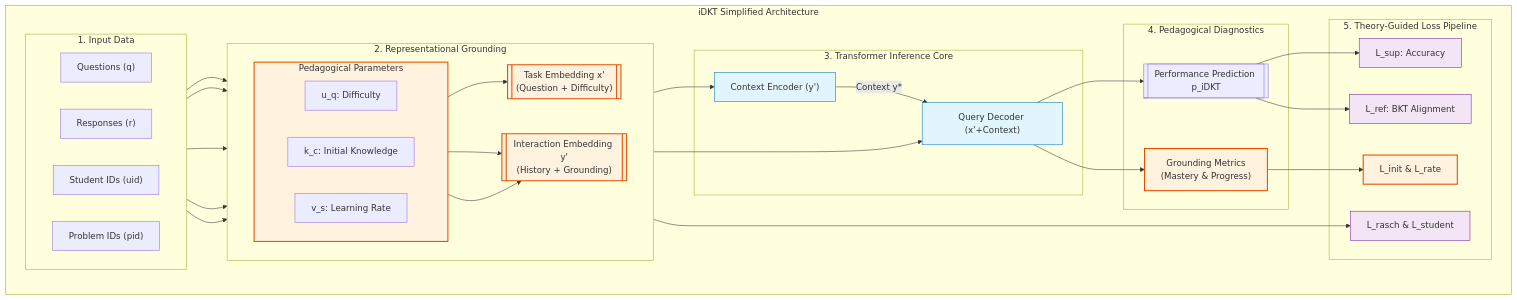
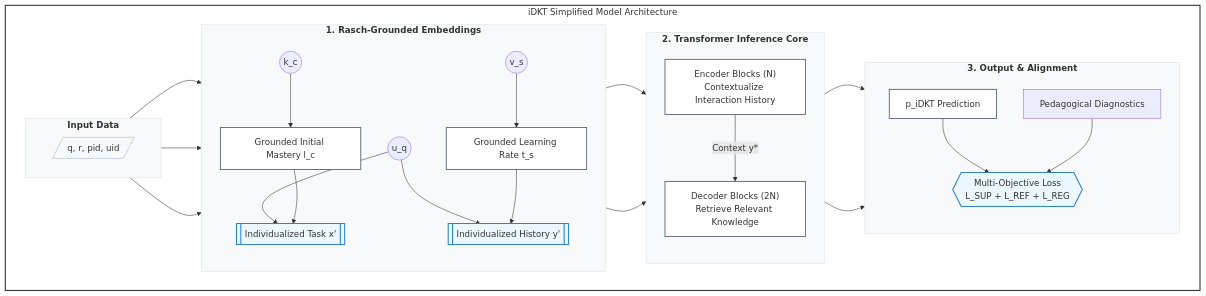
Before and after one commit to clabra/pykt-toolkit: the second of 5 diagrams in paper/idkt.md, drawn with Mermaid.

Commit message:
doc: idkt simplified architecture diagram

````diff
--- a/paper/idkt.md
+++ b/paper/idkt.md
@@ -216,67 +216,67 @@
 ```mermaid
 graph TD
-    subgraph Simplified ["iDKT Simplified Architecture"]
-        subgraph Input ["1. Input Data"]
+    subgraph Master_Box ["iDKT Simplified Model Architecture"]
+        %% INPUT LAYER
+        subgraph Input_Layer ["Input Data"]
             direction LR
-            Q["Questions (q)"]
-            R["Responses (r)"]
-            UID["Student IDs (uid)"]
-            PID["Problem IDs (pid)"]
+            Raw[/q, r, pid, uid/]
         end
 
-        subgraph Grounding ["2. Representational Grounding"]
-            direction LR
-            subgraph Params ["Pedagogical Parameters"]
-                direction LR
-                uq["u_q: Difficulty"]
-                kc["k_c: Initial Knowledge"]
-                vs["v_s: Learning Rate"]
-            end
-            x_prime[["Task Embedding x'<br/>(Question + Difficulty)"]]
-            y_prime[["Interaction Embedding y'<br/>(History + Grounding)"]]
+        %% EMBEDDING / GROUNDING LAYER
+        subgraph Grounding_Layer ["1. Rasch-Grounded Embeddings"]
+            direction TB
+            %% Grounding Components
+            kc_node(("k_c")) 
+            vs_node(("v_s")) 
+            uq_node(("u_q"))
+            
+            %% Combined Parameters
+            lc[Grounded Initial Mastery l_c]
+            ts[Grounded Learning Rate t_s]
+            
+            %% Individualized Vectors
+            x_prime[[Individualized Task x']]
+            y_prime[[Individualized History y']]
         end
 
-        subgraph Core ["3. Transformer Inference Core"]
-            Enc["Context Encoder (y')"]
-            Dec["Query Decoder (x'+Context)"]
+        %% CORE ARCHITECTURE
+        subgraph Core_Layer ["2. Transformer Inference Core"]
+            direction TB
+            Encoder["Encoder Blocks (N)<br/>Contextualize Interaction History"]
+            Decoder["Decoder Blocks (2N)<br/>Retrieve Relevant Knowledge"]
         end
 
-        subgraph Output ["4. Pedagogical Diagnostics"]
-            Pred[["Performance Prediction p_iDKT"]]
-            Diag["Grounding Metrics<br/>(Mastery & Progress)"]
+        %% OUTPUT & OPTIMIZATION
+        subgraph Output_Layer ["3. Output & Alignment"]
+            direction TB
+            Pred[p_iDKT Prediction]
+            Diag[Pedagogical Diagnostics]
+            Loss{{Multi-Objective Loss<br/>L_SUP + L_REF + L_REG}}
         end
 
-        subgraph Loss ["5. Theory-Guided Loss Pipeline"]
-            L_Perf["L_sup: Accuracy"]
-            L_Align["L_ref: BKT Alignment"]
-            L_Theory["L_init & L_rate"]
-            L_Reg["L_rasch & L_student"]
-        end
-
-        %% Wiring
-        PID --> uq
-        UID --> kc & vs
-        Q & uq --> x_prime
-        R & kc & vs --> y_prime
-
-        y_prime --> Enc
-        x_prime --> Dec
-        Enc -- "Context y*" --> Dec
-
-        Dec --> Pred & Diag
-
-        %% Loss Connections
-        Pred --> L_Perf & L_Align
-        Diag --> L_Theory
-        Params --> L_Reg
+        %% DATA FLOW
+        Raw --> kc_node & vs_node & uq_node
+        kc_node --> lc
+        vs_node --> ts
+        uq_node & lc --> x_prime
+        uq_node & ts --> y_prime
+        y_prime --> Encoder
+        x_prime  --> Decoder
+        Encoder -- Context y* --> Decoder
+        Decoder --> Pred & Diag
+        Pred & Diag --> Loss
     end
 
-    %% Style
-    classDef contribution fill:#fff3e0,stroke:#e65100,stroke-width:2px;
-    classDef standard fill:#e1f5fe,stroke:#0277bd,stroke-width:1px;
-    classDef loss fill:#f3e5f5,stroke:#7b1fa2,stroke-width:1px;
+    %% STYLING
+    classDef master fill:#ffffff,stroke:#333,stroke-width:2px,font-size:16px;
+    classDef layer fill:#f8f9fa,stroke:#dee2e6,stroke-width:1px,font-weight:bold;
+    classDef block fill:#ffffff,stroke:#4a5568,stroke-width:1.5px;
+    classDef grounding fill:#ebf8ff,stroke:#3182ce,stroke-width:2px;
+    classDef data fill:#f7fafc,stroke:#a0aec0,stroke-width:1px;
 
-    class Params,x_prime,y_prime,Diag,L_Theory contribution
-    class Enc,Dec standard
-    class L_Perf,L_Align,L_Reg loss
+    class Master_Box master
+    class Input_Layer,Grounding_Layer,Core_Layer,Output_Layer layer
+    class Encoder,Decoder,Pred,lc,ts block
+    class x_prime,y_prime,Loss grounding
+    class Raw data
 ```
````
